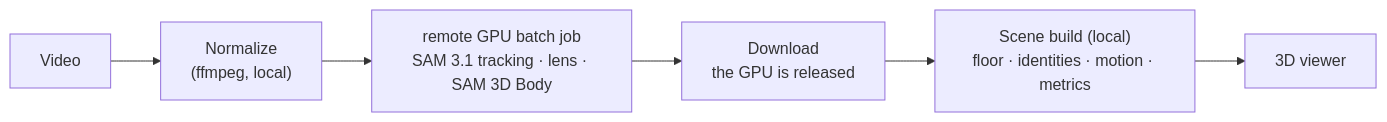
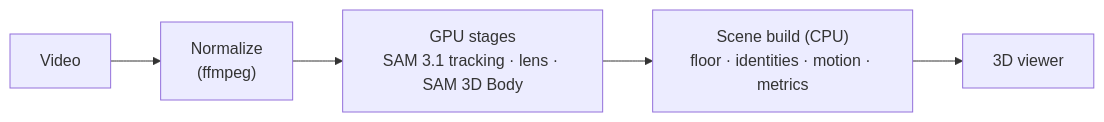
Before and after one commit to flyaurelien/kinesia: the diagram in README.md, drawn with Mermaid. The commit also changed other lines of this file and 28 other files, not shown here.

First line of the commit message:
Run the GPU stages on the user's own GPU

````diff
--- a/README.md
+++ b/README.md
@@ -47,8 +46,7 @@
 ```mermaid
 flowchart LR
-    A[Video] --> B["Normalize<br/>(ffmpeg, local)"]
-    B --> C["remote GPU batch job<br/>SAM 3.1 tracking · lens · SAM 3D Body"]
-    C --> D["Download<br/>the GPU is released"]
-    D --> E["Scene build (local)<br/>floor · identities · motion · metrics"]
-    E --> F["3D viewer"]
+    A[Video] --> B["Normalize<br/>(ffmpeg)"]
+    B --> C["GPU stages<br/>SAM 3.1 tracking · lens · SAM 3D Body"]
+    C --> D["Scene build (CPU)<br/>floor · identities · motion · metrics"]
+    D --> E["3D viewer"]
 ```
````
